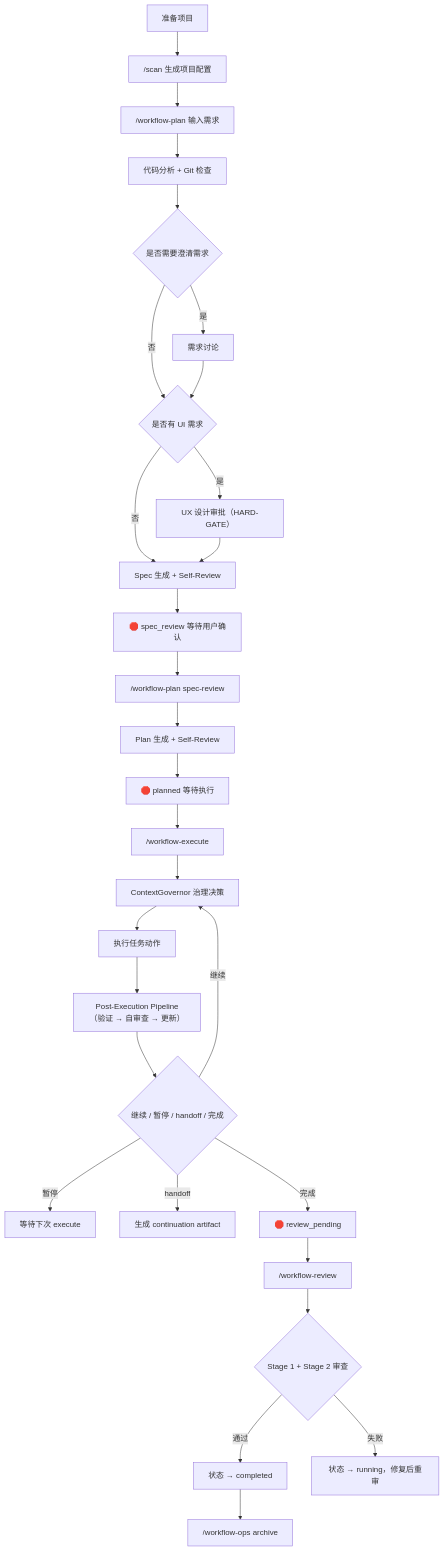
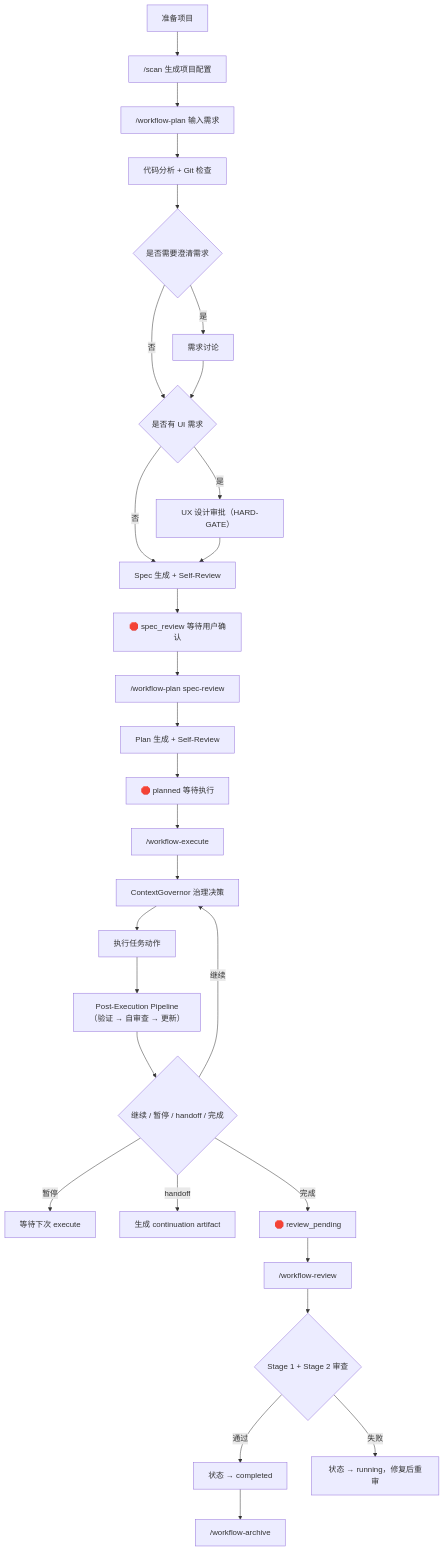
The second of 2 diagrams in README.md (fan776783/claude-workflow), drawn with Mermaid before and after one commit. The commit also changed other lines of this file and 16 other files, not shown here.

Commit message:
chore: migrate workflow status and archive commands from workflow-ops to standalone skills and update documentation

````diff
--- a/README.md
+++ b/README.md
@@ -382,32 +390,32 @@
 ```mermaid
 flowchart TD
     A["准备项目"] --> B["/scan 生成项目配置"]
     B --> C["/workflow-plan 输入需求"]
     C --> D["代码分析 + Git 检查"]
     D --> E{"是否需要澄清需求"}
     E -->|是| F["需求讨论"]
     E -->|否| G{"是否有 UI 需求"}
     F --> G
     G -->|是| H["UX 设计审批（HARD-GATE）"]
     G -->|否| I["Spec 生成 + Self-Review"]
     H --> I
     I --> J["🛑 spec_review 等待用户确认"]
     J --> K["/workflow-plan spec-review"]
     K --> L["Plan 生成 + Self-Review"]
     L --> M["🛑 planned 等待执行"]
 
     M --> N["/workflow-execute"]
     N --> O["ContextGovernor 治理决策"]
     O --> P["执行任务动作"]
     P --> Q["Post-Execution Pipeline（验证 → 自审查 → 更新）"]
     Q --> R{"继续 / 暂停 / handoff / 完成"}
     R -->|继续| O
     R -->|暂停| S["等待下次 execute"]
     R -->|handoff| T["生成 continuation artifact"]
     R -->|完成| U["🛑 review_pending"]
     U --> V["/workflow-review"]
     V --> W{"Stage 1 + Stage 2 审查"}
     W -->|通过| X["状态 → completed"]
     W -->|失败| Y["状态 → running，修复后重审"]
-    X --> Z["/workflow-ops archive"]
+    X --> Z["/workflow-archive"]
 ```
````
